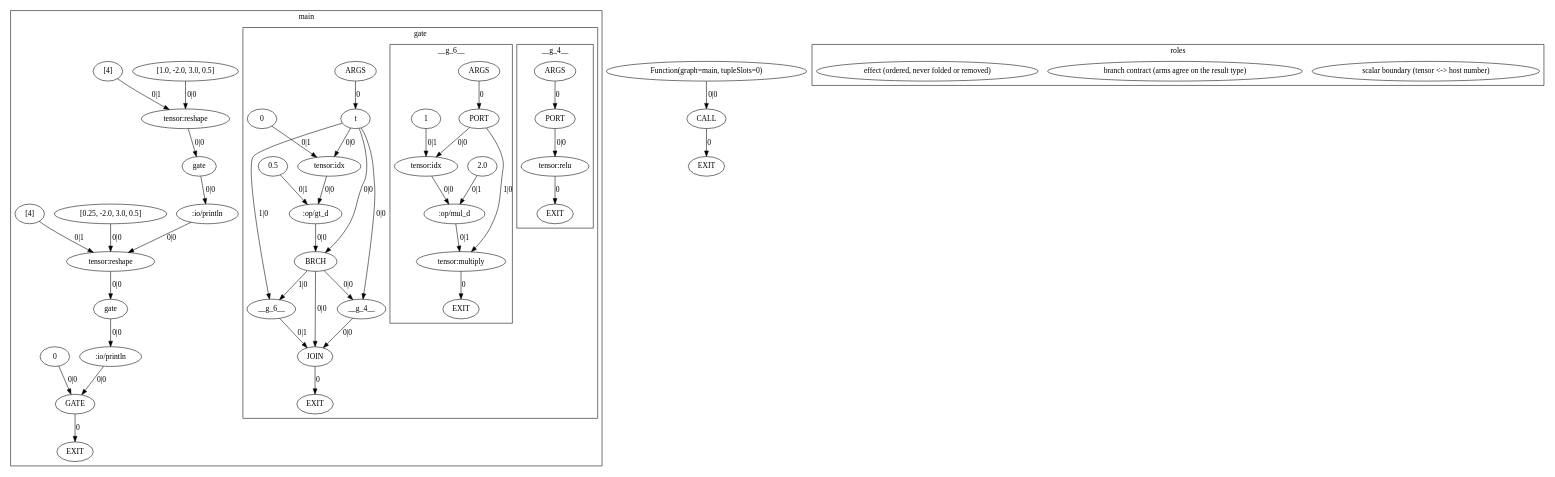
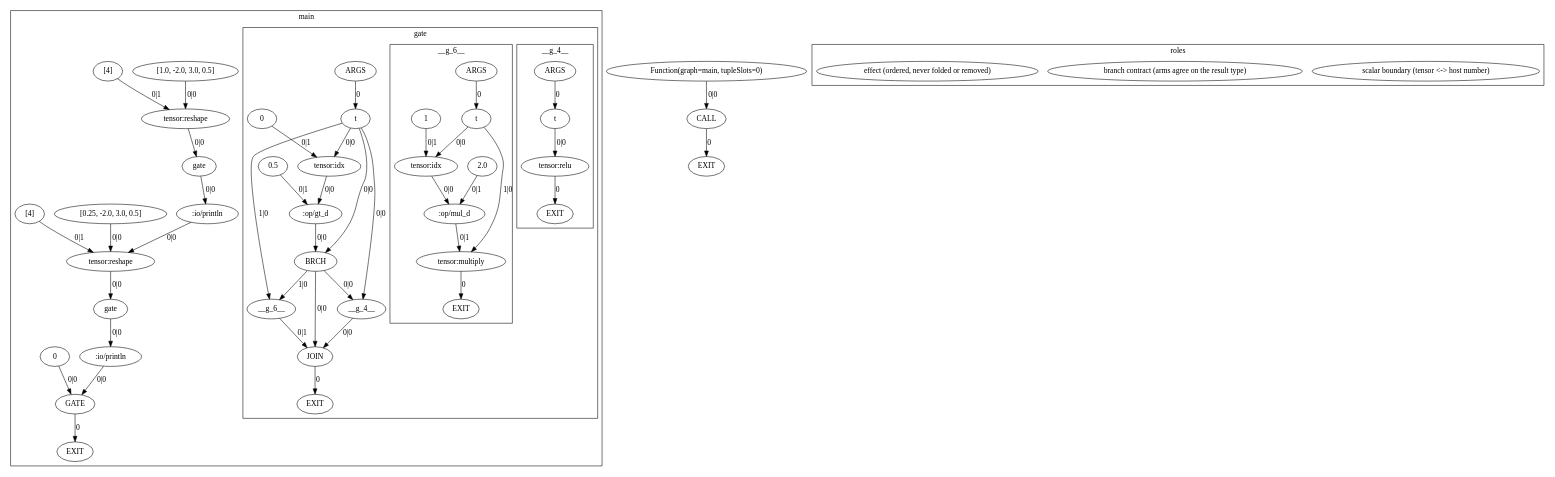
The diagram in exemplars/01_scalar_boundary/expected/dump.argir.dot (OpenCML/Camel), drawn with Graphviz before and after one commit. The commit also changed 7 other files, not shown here.

First line of the commit message:
test(exemplars): record graph dumps with parameter metadata and float labels

```diff
--- a/exemplars/01_scalar_boundary/expected/dump.argir.dot
+++ b/exemplars/01_scalar_boundary/expected/dump.argir.dot
@@ -1,99 +1,99 @@
 digraph GraphIR {
     subgraph cluster_F01 {
         label="main";
         subgraph cluster_F02 {
             label="gate";
             subgraph cluster_F03 {
                 label="__g_4__";
                 F03 [label="ARGS", type="ARGS"];
                 O03 [label="EXIT", type="EXIT"];
-                N00 [label="PORT", type="PORT"];
+                N00 [label="t", type="PORT", param_name="t", param_kind="capture", param_index="0", value_type="Tensor"];
                 N01 [label="tensor:relu", type="OPER", origin=206, span="11:30-11:34", srcfile="exemplars/01_scalar_boundary/program.cml"];
                 F03 -> N00 [label="0", type="WITH_PORT"];
                 N01 -> O03 [label="0", type="EXIT"];
                 N00 -> N01 [label="0|0", type="NORM"];
             }
             subgraph cluster_F04 {
                 label="__g_6__";
                 F04 [label="ARGS", type="ARGS"];
                 O04 [label="EXIT", type="EXIT"];
-                N02 [label="PORT", type="PORT"];
+                N02 [label="t", type="PORT", param_name="t", param_kind="capture", param_index="0", value_type="Tensor"];
                 N03 [label="1", type="DATA", origin=211, span="11:50-11:51", srcfile="exemplars/01_scalar_boundary/program.cml"];
                 N04 [label="tensor:idx", type="OPER", role="scalar-boundary", origin=212, span="11:49-11:50", srcfile="exemplars/01_scalar_boundary/program.cml"];
                 N05 [label="2.0", type="DATA", origin=213, span="11:55-11:58", srcfile="exemplars/01_scalar_boundary/program.cml"];
                 N06 [label=":op/mul_d", type="OPER", origin=214, span="11:53-11:54", srcfile="exemplars/01_scalar_boundary/program.cml"];
                 N07 [label="tensor:multiply", type="OPER", role="scalar-boundary", origin=215, span="11:45-11:46", srcfile="exemplars/01_scalar_boundary/program.cml"];
                 F04 -> N02 [label="0", type="WITH_PORT"];
                 N07 -> O04 [label="0", type="EXIT"];
                 N02 -> N04 [label="0|0", type="NORM"];
                 N03 -> N04 [label="0|1", type="NORM"];
                 N04 -> N06 [label="0|0", type="NORM"];
                 N05 -> N06 [label="0|1", type="NORM"];
                 N02 -> N07 [label="1|0", type="NORM"];
                 N06 -> N07 [label="0|1", type="NORM"];
             }
             F02 [label="ARGS", type="ARGS"];
             O02 [label="EXIT", type="EXIT"];
-            N08 [label="t", type="PORT"];
+            N08 [label="t", type="PORT", param_name="t", param_kind="normal", param_index="0", value_type="Tensor"];
             N09 [label="0", type="DATA", origin=198, span="11:16-11:17", srcfile="exemplars/01_scalar_boundary/program.cml"];
             N0A [label="tensor:idx", type="OPER", role="scalar-boundary", origin=199, span="11:15-11:16", srcfile="exemplars/01_scalar_boundary/program.cml"];
             N0B [label="0.5", type="DATA", origin=200, span="11:21-11:24", srcfile="exemplars/01_scalar_boundary/program.cml"];
             N0C [label=":op/gt_d", type="OPER", origin=201, span="11:19-11:20", srcfile="exemplars/01_scalar_boundary/program.cml"];
             N0D [label="JOIN", type="JOIN", role="branch-contract", origin=203, span="11:11-11:59", srcfile="exemplars/01_scalar_boundary/program.cml"];
             N0E [label="BRCH", type="BRCH", origin=202, span="11:11-11:59", srcfile="exemplars/01_scalar_boundary/program.cml"];
             N0F [label="__g_4__", type="FUNC", origin=204, span="11:30-11:37", srcfile="exemplars/01_scalar_boundary/program.cml"];
             N10 [label="__g_6__", type="FUNC", origin=207, span="11:43-11:59", srcfile="exemplars/01_scalar_boundary/program.cml"];
             F02 -> N08 [label="0", type="NORM_PORT"];
             N0D -> O02 [label="0", type="EXIT"];
             N08 -> N0A [label="0|0", type="NORM"];
             N09 -> N0A [label="0|1", type="NORM"];
             N0A -> N0C [label="0|0", type="NORM"];
             N0B -> N0C [label="0|1", type="NORM"];
             N0F -> N0D [label="0|0", type="WITH"];
             N10 -> N0D [label="0|1", type="WITH"];
             N0E -> N0D [label="0|0", type="NORM"];
             N0C -> N0E [label="0|0", type="NORM"];
             N08 -> N0E [label="0|0", type="CTRL"];
             N08 -> N0F [label="0|0", type="WITH"];
             N0E -> N0F [label="0|0", type="CTRL"];
             N08 -> N10 [label="1|0", type="WITH"];
             N0E -> N10 [label="1|0", type="CTRL"];
         }
         O01 [label="EXIT", type="EXIT"];
         N11 [label="[1.0, -2.0, 3.0, 0.5]", type="DATA", origin=220, span="15:25-15:46", srcfile="exemplars/01_scalar_boundary/program.cml"];
         N12 [label="[4]", type="DATA", origin=221, span="15:48-15:51", srcfile="exemplars/01_scalar_boundary/program.cml"];
         N13 [label="tensor:reshape", type="OPER", origin=222, span="15:17-15:24", srcfile="exemplars/01_scalar_boundary/program.cml"];
         N14 [label="gate", type="FUNC", origin=223, span="15:16-15:53", srcfile="exemplars/01_scalar_boundary/program.cml"];
         N15 [label=":io/println", type="OPER", role="effect", origin=224, span="15:4-15:11", srcfile="exemplars/01_scalar_boundary/program.cml"];
         N16 [label="[0.25, -2.0, 3.0, 0.5]", type="DATA", origin=228, span="16:25-16:47", srcfile="exemplars/01_scalar_boundary/program.cml"];
         N17 [label="[4]", type="DATA", origin=229, span="16:49-16:52", srcfile="exemplars/01_scalar_boundary/program.cml"];
         N18 [label="tensor:reshape", type="OPER", origin=230, span="16:17-16:24", srcfile="exemplars/01_scalar_boundary/program.cml"];
         N19 [label="gate", type="FUNC", origin=231, span="16:16-16:54", srcfile="exemplars/01_scalar_boundary/program.cml"];
         N1A [label=":io/println", type="OPER", role="effect", origin=232, span="16:4-16:11", srcfile="exemplars/01_scalar_boundary/program.cml"];
         N1B [label="0", type="DATA", origin=233, span="17:11-17:12", srcfile="exemplars/01_scalar_boundary/program.cml"];
         N1C [label="GATE", type="GATE"];
         N1C -> O01 [label="0", type="EXIT"];
         N11 -> N13 [label="0|0", type="NORM"];
         N12 -> N13 [label="0|1", type="NORM"];
         N13 -> N14 [label="0|0", type="NORM"];
         N14 -> N15 [label="0|0", type="NORM"];
         N16 -> N18 [label="0|0", type="NORM"];
         N17 -> N18 [label="0|1", type="NORM"];
         N15 -> N18 [label="0|0", type="CTRL"];
         N18 -> N19 [label="0|0", type="NORM"];
         N19 -> N1A [label="0|0", type="NORM"];
         N1B -> N1C [label="0|0", type="NORM"];
         N1A -> N1C [label="0|0", type="CTRL"];
     }
     O00 [label="EXIT", type="EXIT"];
     N1D [label="Function(graph=main, tupleSlots=0)", type="DATA", origin=216, span="14:0-18:1", srcfile="exemplars/01_scalar_boundary/program.cml"];
     N1E [label="CALL", type="CALL"];
     N1E -> O00 [label="0", type="EXIT"];
     N1D -> N1E [label="0|0", type="WITH"];
     subgraph cluster_legend {
         label="roles";
         "legend_scalar-boundary" [label="scalar boundary (tensor <-> host number)", type="LEGEND", role="scalar-boundary"];
         "legend_branch-contract" [label="branch contract (arms agree on the result type)", type="LEGEND", role="branch-contract"];
         "legend_effect" [label="effect (ordered, never folded or removed)", type="LEGEND", role="effect"];
     }
 }
```
